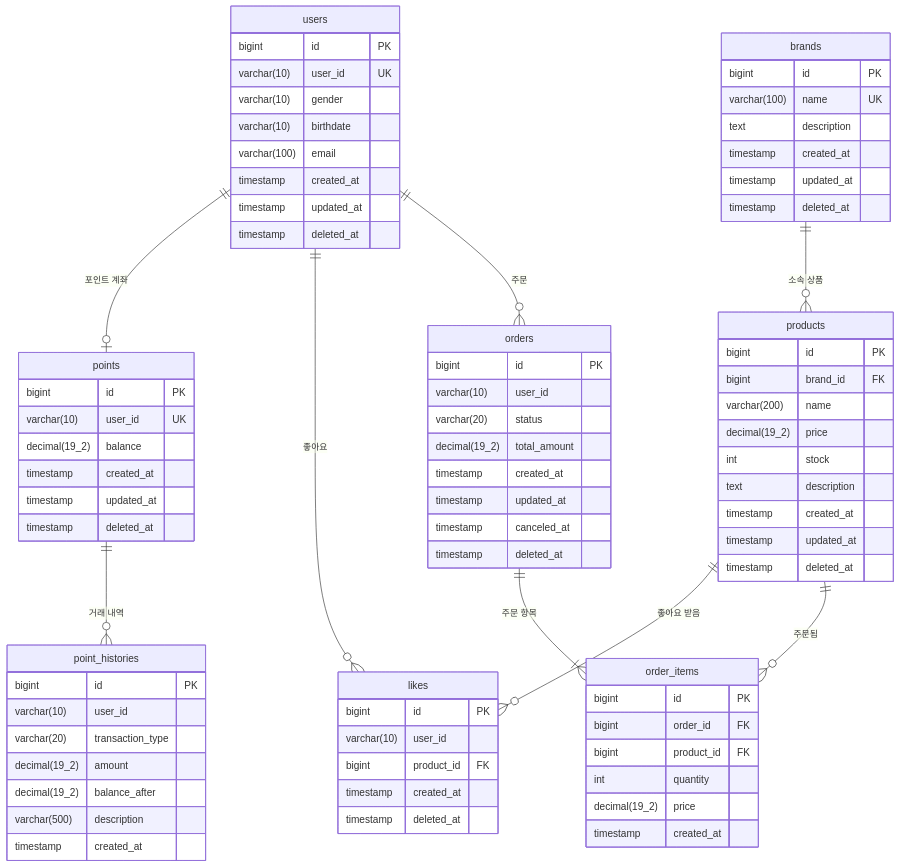
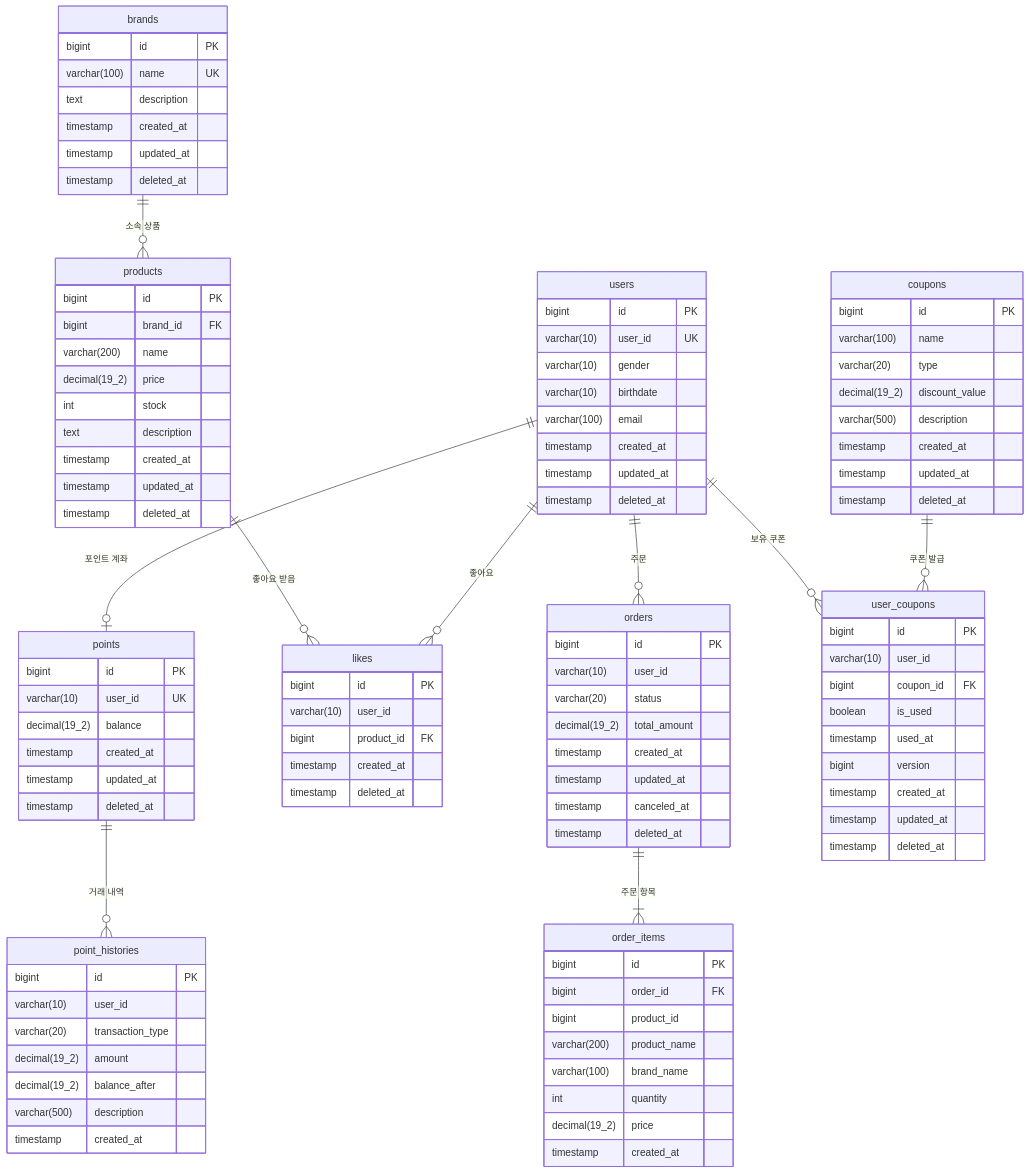
One commit to Loopers-dev-lab/loopers-spring-java-template changed the diagram in .docs/design/04-erd.md. Above: the diagram before and after it, drawn with Mermaid. The commit also changed other lines of this file and 1 other file, not shown here.

First line of the commit message:
docs: Coupon 도메인 UML 문서 업데이트

````diff
--- a/.docs/design/04-erd.md
+++ b/.docs/design/04-erd.md
@@ -13,7 +13,8 @@
     products ||--o{ likes : "좋아요 받음"
     users ||--o{ orders : "주문"
     orders ||--|{ order_items : "주문 항목"
-    products ||--o{ order_items : "주문됨"
+    coupons ||--o{ user_coupons : "쿠폰 발급"
+    users ||--o{ user_coupons : "보유 쿠폰"
 
     users {
         bigint id PK
@@ -88,9 +89,34 @@
     order_items {
         bigint id PK
         bigint order_id FK
-        bigint product_id FK
+        bigint product_id
+        varchar(200) product_name
+        varchar(100) brand_name
         int quantity
         decimal(19_2) price
         timestamp created_at
     }
+
+    coupons {
+        bigint id PK
+        varchar(100) name
+        varchar(20) type
+        decimal(19_2) discount_value
+        varchar(500) description
+        timestamp created_at
+        timestamp updated_at
+        timestamp deleted_at
+    }
+
+    user_coupons {
+        bigint id PK
+        varchar(10) user_id
+        bigint coupon_id FK
+        boolean is_used
+        timestamp used_at
+        bigint version
+        timestamp created_at
+        timestamp updated_at
+        timestamp deleted_at
+    }
 ```
````
